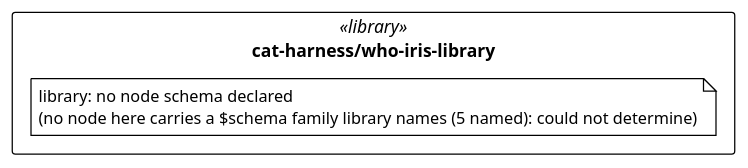
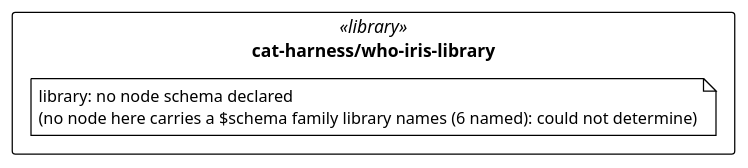
One commit to litlfred/folio-assistant changed the diagram in cat-harness/uml/overview/cat-harness/who-iris-library.puml. Above: the diagram before and after it, drawn with PlantUML. The commit also changed 47 other files, not shown here.

```diff
--- a/cat-harness/uml/overview/cat-harness/who-iris-library.puml
+++ b/cat-harness/uml/overview/cat-harness/who-iris-library.puml
@@ -3,13 +3,13 @@
 @startuml cat_harness_who_iris_library
 !pragma layout elk
 !theme plain
 skinparam classAttributeIconSize 0
 skinparam shadowing false
 skinparam packageStyle rectangle
 hide empty methods
 
 package "cat-harness/who-iris-library" as pkg_cat_harness_who_iris_library <<library>> {
-  note "library: no node schema declared\n(no node here carries a $schema family library names (5 named): could not determine)" as n_cat_harness_who_iris_library_library
+  note "library: no node schema declared\n(no node here carries a $schema family library names (6 named): could not determine)" as n_cat_harness_who_iris_library_library
 }
 
 @enduml
```
